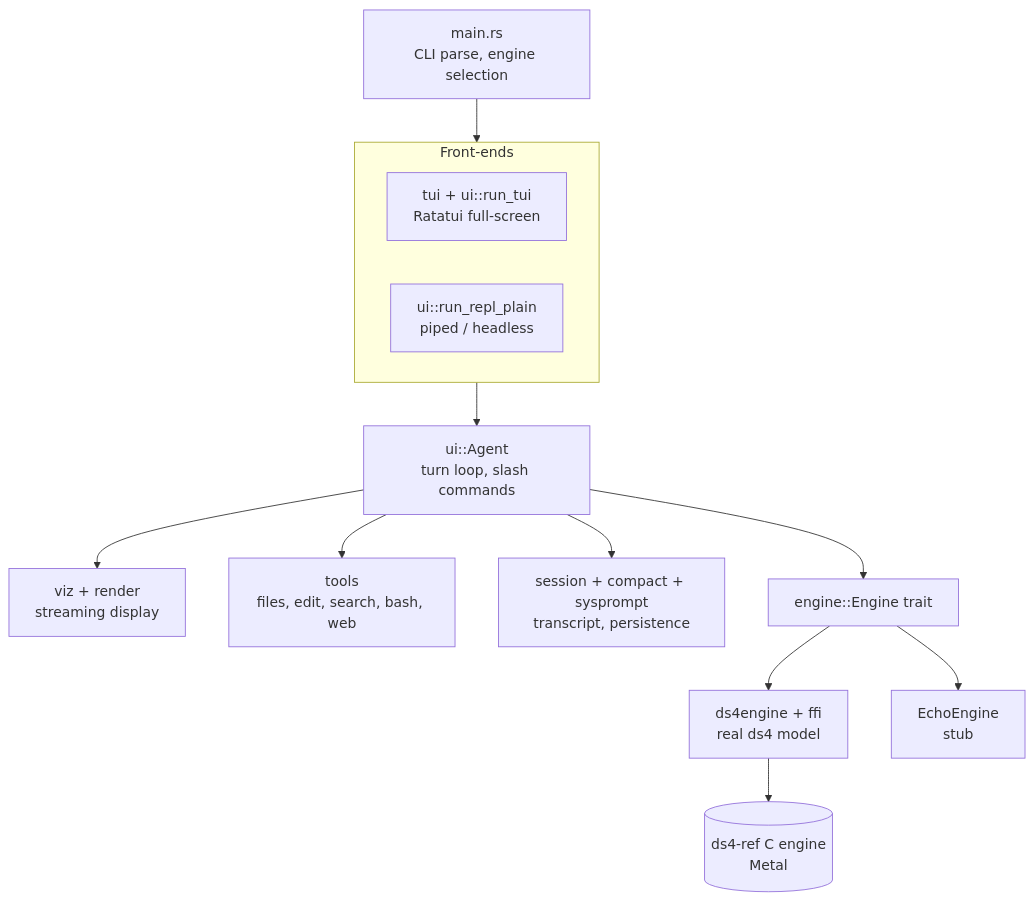
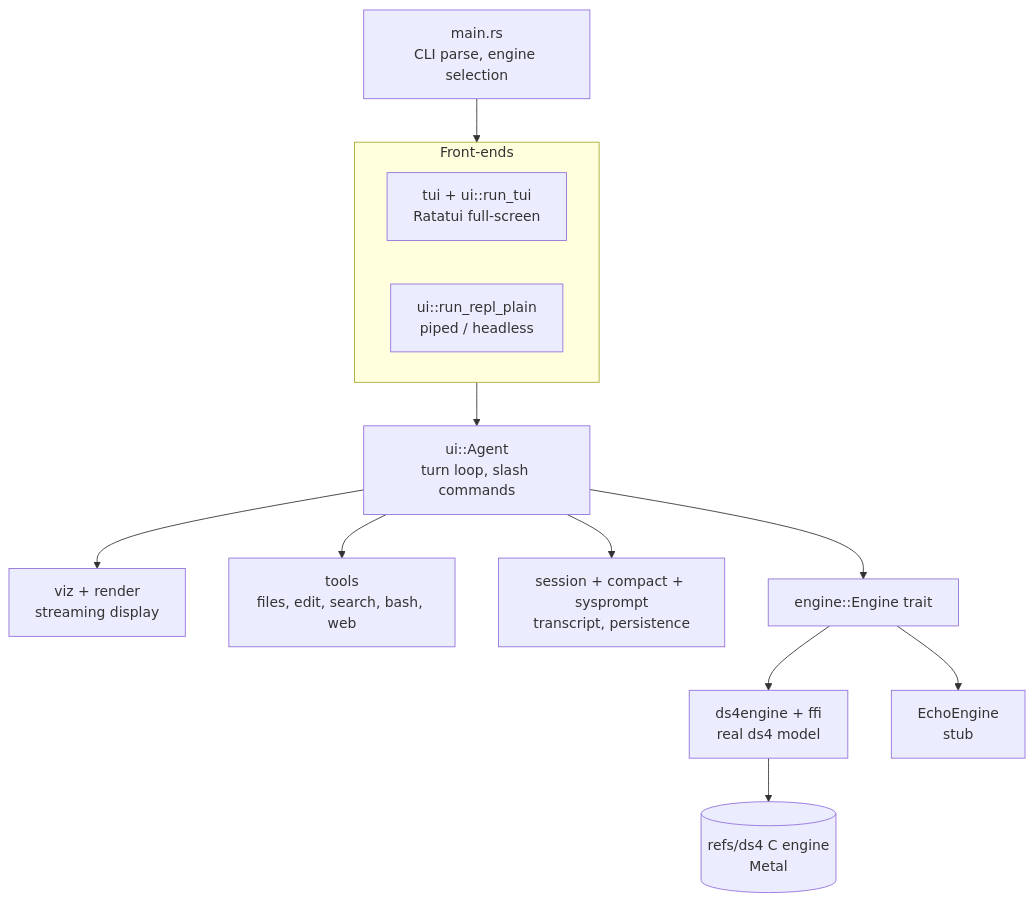
The first of 2 diagrams in docs/ARCHITECTURE.md (aovestdipaperino/plank), drawn with Mermaid before and after one commit. The commit also changed other lines of this file and 14 other files, not shown here.

First line of the commit message:
chore: move ds4-ref submodule to refs/ds4

````diff
--- a/docs/ARCHITECTURE.md
+++ b/docs/ARCHITECTURE.md
@@ -26,25 +26,25 @@
 ```mermaid
 flowchart TD
     main[main.rs<br/>CLI parse, engine selection]
     subgraph frontend [Front-ends]
         tui[tui + ui::run_tui<br/>Ratatui full-screen]
         plain[ui::run_repl_plain<br/>piped / headless]
     end
     agent[ui::Agent<br/>turn loop, slash commands]
     pipeline[viz + render<br/>streaming display]
     tools[tools<br/>files, edit, search, bash, web]
     session[session + compact + sysprompt<br/>transcript, persistence]
     engine[engine::Engine trait]
     ds4[ds4engine + ffi<br/>real ds4 model]
     echo[EchoEngine<br/>stub]
 
     main --> frontend
     frontend --> agent
     agent --> pipeline
     agent --> tools
     agent --> session
     agent --> engine
     engine --> ds4
     engine --> echo
-    ds4 --> cengine[(ds4-ref C engine<br/>Metal)]
+    ds4 --> cengine[(refs/ds4 C engine<br/>Metal)]
 ```
````
